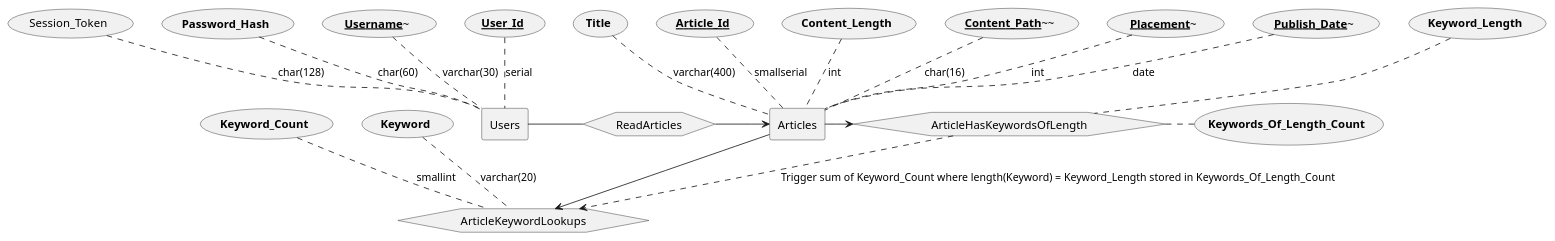
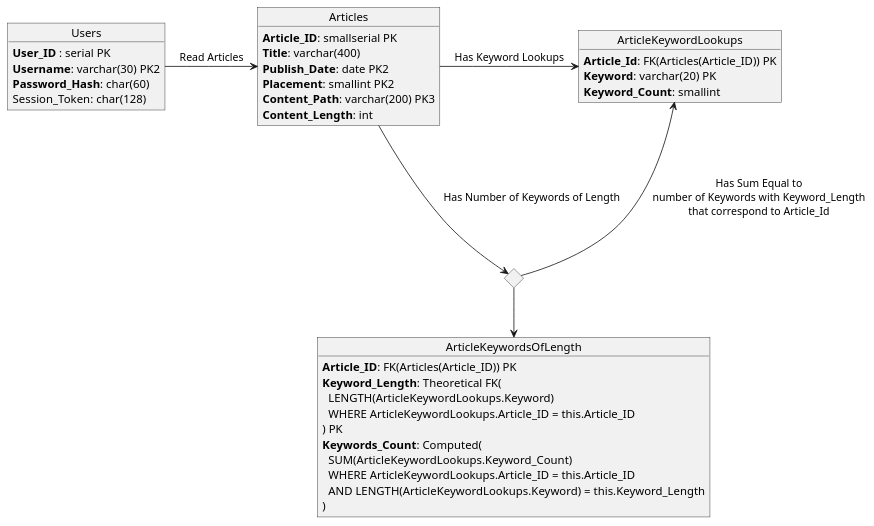
Before and after one commit to g-robertson/ISP-Term-Project: the diagram in src/diagrams/db.puml, drawn with PlantUML. The commit also changed 2 other files, not shown here.

Commit message:
Update db diagram and table names

```diff
--- a/src/diagrams/db.puml
+++ b/src/diagrams/db.puml
@@ -1,35 +1,38 @@
 @startuml
 
-rectangle Users
-Users-[dashed]u-(~~**User_Id**~~): "serial"
-Users-[dashed]u-(~~**Username**~~~): varchar(30)
-Users-[dashed]u-(**Password_Hash**): char(60)
-Users-[dashed]u-(Session_Token): char(128)
+object Users {
+  **User_ID** : serial PK
+  **Username**: varchar(30) PK2
+  **Password_Hash**: char(60)
+  Session_Token: char(128)
+}
 
-hexagon ReadArticles
+object Articles {
+  **Article_ID**: smallserial PK
+  **Title**: varchar(400)
+  **Publish_Date**: date PK2
+  **Placement**: smallint PK2
+  **Content_Path**: varchar(200) PK3
+  **Content_Length**: int
+}
 
-rectangle Articles
-Articles-[dashed]u-(~~**Article_Id**~~): "smallserial"
-Articles-[dashed]u-(**Title**): "varchar(400)"
-Articles-[dashed]u-(~~**Publish_Date**~~~): date
-Articles-[dashed]u-(~~**Placement**~~~): int
-Articles-[dashed]u-(~~**Content_Path**~~~~): "char(16)"
-Articles-[dashed]u-(**Content_Length**): int
+object ArticleKeywordLookups {
+  **Article_Id**: FK(Articles(Article_ID)) PK
+  **Keyword**: varchar(20) PK
+  **Keyword_Count**: smallint
+}
 
-hexagon ArticleKeywordLookups
-ArticleKeywordLookups-[dashed]u-(**Keyword**): "varchar(20)"
-ArticleKeywordLookups-[dashed]u-(**Keyword_Count**): "smallint"
+diamond diaArticleKeywordsOfLength
+object ArticleKeywordsOfLength {
+  **Article_ID**: FK(Articles(Article_ID)) PK
+  **Keyword_Length**: Theoretical FK(\n  LENGTH(ArticleKeywordLookups.Keyword)\n  WHERE ArticleKeywordLookups.Article_ID = this.Article_ID\n) PK
+  **Keywords_Count**: Computed(\n  SUM(ArticleKeywordLookups.Keyword_Count)\n  WHERE ArticleKeywordLookups.Article_ID = this.Article_ID\n  AND LENGTH(ArticleKeywordLookups.Keyword) = this.Keyword_Length\n) 
+}
 
-hexagon ArticleHasKeywordsOfLength
-ArticleHasKeywordsOfLength-[dashed]u-(**Keyword_Length**)
-ArticleHasKeywordsOfLength-[dashed]r-(**Keywords_Of_Length_Count**)
+Users->Articles: Read Articles
 
-Users-r-ReadArticles
-ReadArticles-r->Articles
-
-Articles-r->ArticleKeywordLookups
-Articles-r->ArticleHasKeywordsOfLength
-
-ArticleHasKeywordsOfLength-[dashed]d->ArticleKeywordLookups: Trigger sum of Keyword_Count where length(Keyword) = Keyword_Length stored in Keywords_Of_Length_Count
-
+Articles->ArticleKeywordLookups: Has Keyword Lookups
+Articles-d-->diaArticleKeywordsOfLength: Has Number of Keywords of Length
+diaArticleKeywordsOfLength-d->ArticleKeywordsOfLength
+diaArticleKeywordsOfLength-u-->ArticleKeywordLookups: Has Sum Equal to\nnumber of Keywords with Keyword_Length\nthat correspond to Article_Id
 @enduml
```
